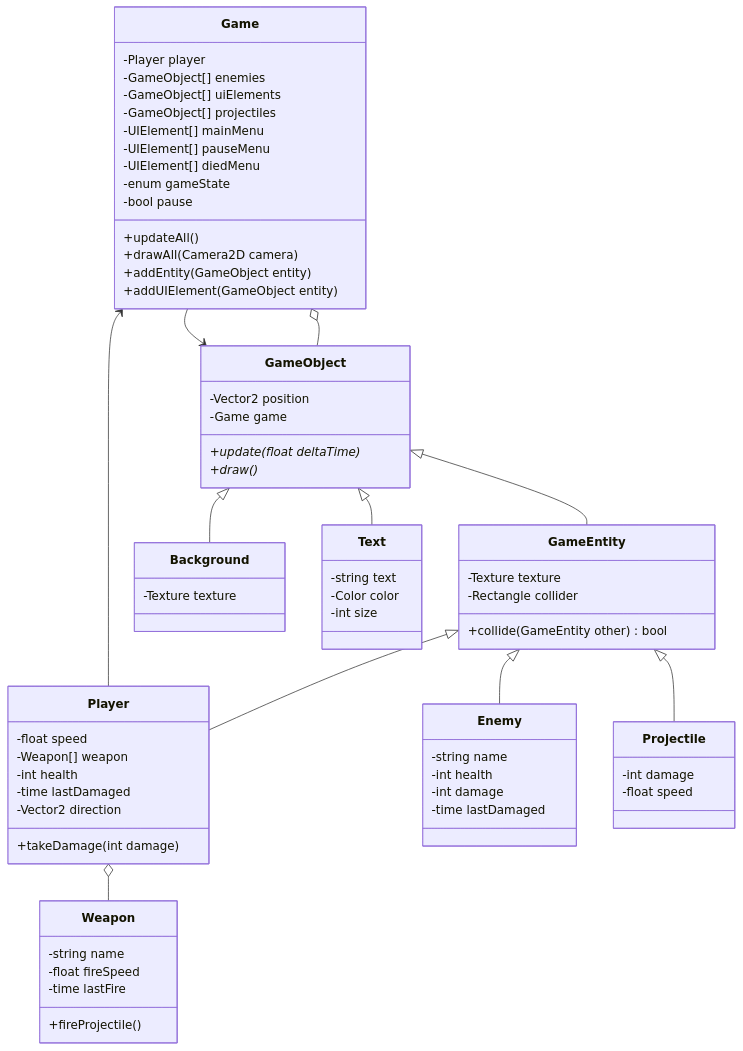
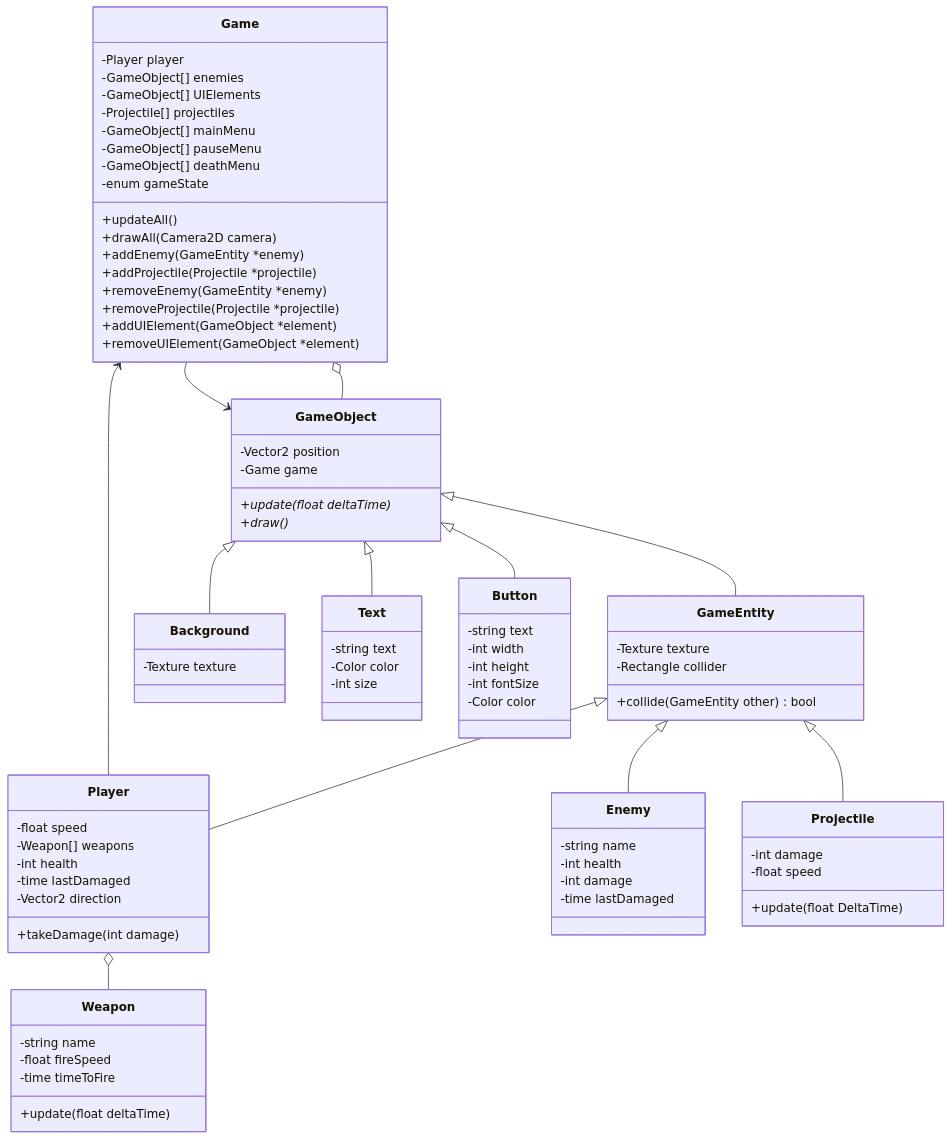
Before and after one commit to xxori/knight-survivor: the diagram in README.md, drawn with Mermaid.

Commit message:
chore: Update class diagram

````diff
--- a/README.md
+++ b/README.md
@@ -28,17 +28,20 @@
     class Game {
         -Player player
         -GameObject[] enemies
-        -GameObject[] uiElements
-        -GameObject[] projectiles
-        -UIElement[] mainMenu
-        -UIElement[] pauseMenu
-        -UIElement[] diedMenu
+        -GameObject[] UIElements
+        -Projectile[] projectiles
+        -GameObject[] mainMenu
+        -GameObject[] pauseMenu
+        -GameObject[] deathMenu
         -enum gameState
-        -bool pause
         +updateAll()
         +drawAll(Camera2D camera)
-        +addEntity(GameObject entity)
-        +addUIElement(GameObject entity)
+        +addEnemy(GameEntity *enemy)
+        +addProjectile(Projectile *projectile)
+        +removeEnemy(GameEntity *enemy)
+        +removeProjectile(Projectile *projectile)
+        +addUIElement(GameObject *element)
+        +removeUIElement(GameObject *element)
     }
     Game o-- GameObject
     GameObject <-- Game
@@ -56,7 +59,7 @@
     GameObject <|-- GameEntity
     class Player {
         -float speed
-        -Weapon[] weapon
+        -Weapon[] weapons
         -int health
         -time lastDamaged
         -Vector2 direction
@@ -74,13 +77,14 @@
     class Weapon {
         -string name
         -float fireSpeed
-        -time lastFire
-        +fireProjectile()
+        -time timeToFire
+        +update(float deltaTime)
     }
     Player o-- Weapon
     class Projectile {
         -int damage
         -float speed
+        +update(float DeltaTime)
     }
     GameEntity <|-- Projectile
     class Background {
@@ -93,4 +97,12 @@
         -int size
     }
     GameObject <|-- Text
+    class Button {
+        -string text
+        -int width
+        -int height
+        -int fontSize
+        -Color color
+    }
+    GameObject <|-- Button
 ```
````
